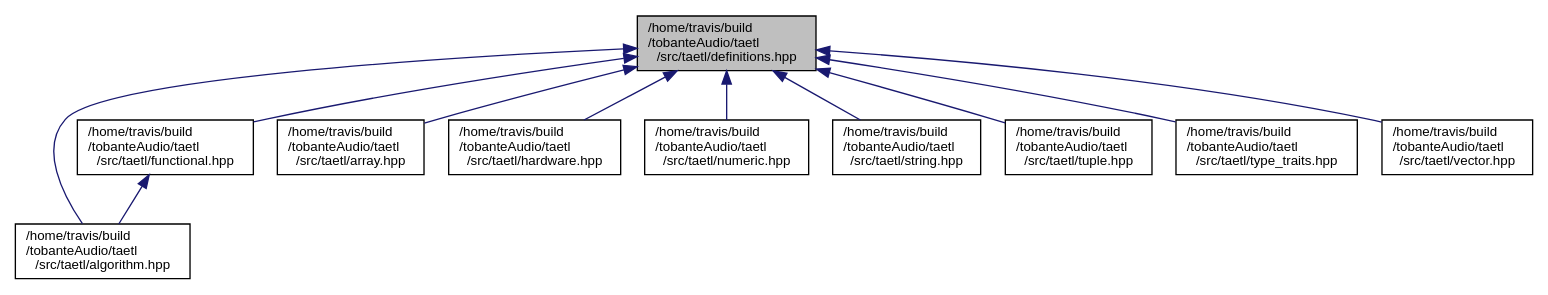
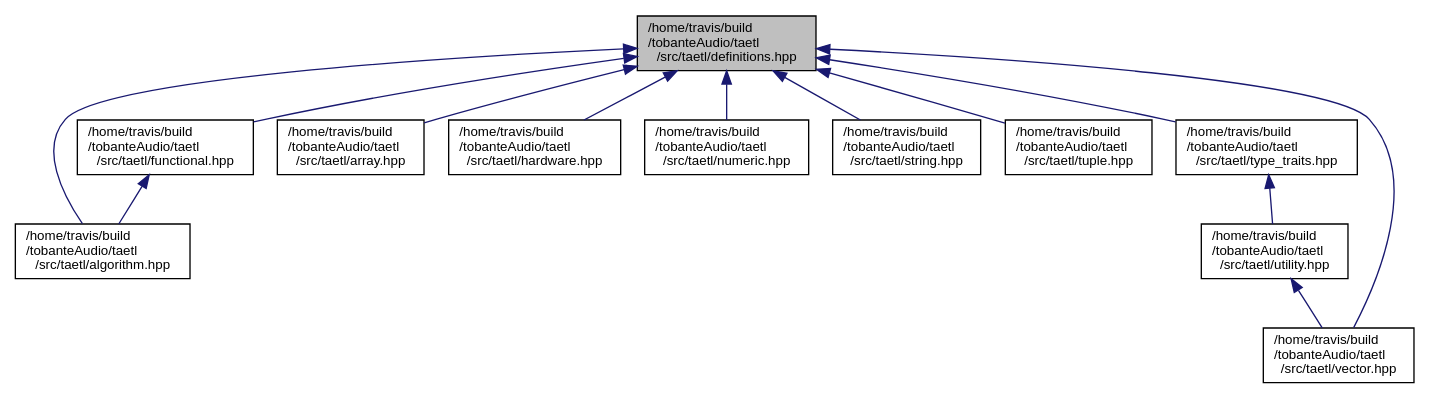
One commit to tobanteAudio/taetl changed the diagram in definitions_8hpp__dep__incl.dot. Above: the diagram before and after it, drawn with Graphviz. The commit also changed 82 other files, not shown here.

Commit message:
Deploy tobanteAudio/taetl to github.com/tobanteAudio/taetl.git:gh-pages

```diff
--- a/definitions_8hpp__dep__incl.dot
+++ b/definitions_8hpp__dep__incl.dot
@@ -1,25 +1,28 @@
 digraph "/home/travis/build/tobanteAudio/taetl/src/taetl/definitions.hpp"
 {
   edge [fontname="Helvetica",fontsize="10",labelfontname="Helvetica",labelfontsize="10"];
   node [fontname="Helvetica",fontsize="10",shape=record];
   Node6 [label="/home/travis/build\l/tobanteAudio/taetl\l/src/taetl/definitions.hpp",height=0.2,width=0.4,color="black", fillcolor="grey75", style="filled", fontcolor="black"];
   Node6 -> Node7 [dir="back",color="midnightblue",fontsize="10",style="solid",fontname="Helvetica"];
   Node7 [label="/home/travis/build\l/tobanteAudio/taetl\l/src/taetl/algorithm.hpp",height=0.2,width=0.4,color="black", fillcolor="white", style="filled",URL="$algorithm_8hpp.html"];
   Node6 -> Node8 [dir="back",color="midnightblue",fontsize="10",style="solid",fontname="Helvetica"];
   Node8 [label="/home/travis/build\l/tobanteAudio/taetl\l/src/taetl/functional.hpp",height=0.2,width=0.4,color="black", fillcolor="white", style="filled",URL="$functional_8hpp.html"];
   Node8 -> Node7 [dir="back",color="midnightblue",fontsize="10",style="solid",fontname="Helvetica"];
   Node6 -> Node9 [dir="back",color="midnightblue",fontsize="10",style="solid",fontname="Helvetica"];
   Node9 [label="/home/travis/build\l/tobanteAudio/taetl\l/src/taetl/array.hpp",height=0.2,width=0.4,color="black", fillcolor="white", style="filled",URL="$array_8hpp.html"];
   Node6 -> Node10 [dir="back",color="midnightblue",fontsize="10",style="solid",fontname="Helvetica"];
   Node10 [label="/home/travis/build\l/tobanteAudio/taetl\l/src/taetl/hardware.hpp",height=0.2,width=0.4,color="black", fillcolor="white", style="filled",URL="$hardware_8hpp.html"];
   Node6 -> Node11 [dir="back",color="midnightblue",fontsize="10",style="solid",fontname="Helvetica"];
   Node11 [label="/home/travis/build\l/tobanteAudio/taetl\l/src/taetl/numeric.hpp",height=0.2,width=0.4,color="black", fillcolor="white", style="filled",URL="$numeric_8hpp.html"];
   Node6 -> Node12 [dir="back",color="midnightblue",fontsize="10",style="solid",fontname="Helvetica"];
   Node12 [label="/home/travis/build\l/tobanteAudio/taetl\l/src/taetl/string.hpp",height=0.2,width=0.4,color="black", fillcolor="white", style="filled",URL="$string_8hpp.html"];
   Node6 -> Node13 [dir="back",color="midnightblue",fontsize="10",style="solid",fontname="Helvetica"];
   Node13 [label="/home/travis/build\l/tobanteAudio/taetl\l/src/taetl/tuple.hpp",height=0.2,width=0.4,color="black", fillcolor="white", style="filled",URL="$tuple_8hpp.html"];
   Node6 -> Node14 [dir="back",color="midnightblue",fontsize="10",style="solid",fontname="Helvetica"];
   Node14 [label="/home/travis/build\l/tobanteAudio/taetl\l/src/taetl/type_traits.hpp",height=0.2,width=0.4,color="black", fillcolor="white", style="filled",URL="$type__traits_8hpp.html"];
-  Node6 -> Node15 [dir="back",color="midnightblue",fontsize="10",style="solid",fontname="Helvetica"];
-  Node15 [label="/home/travis/build\l/tobanteAudio/taetl\l/src/taetl/vector.hpp",height=0.2,width=0.4,color="black", fillcolor="white", style="filled",URL="$vector_8hpp.html"];
+  Node14 -> Node15 [dir="back",color="midnightblue",fontsize="10",style="solid",fontname="Helvetica"];
+  Node15 [label="/home/travis/build\l/tobanteAudio/taetl\l/src/taetl/utility.hpp",height=0.2,width=0.4,color="black", fillcolor="white", style="filled",URL="$utility_8hpp.html"];
+  Node15 -> Node16 [dir="back",color="midnightblue",fontsize="10",style="solid",fontname="Helvetica"];
+  Node16 [label="/home/travis/build\l/tobanteAudio/taetl\l/src/taetl/vector.hpp",height=0.2,width=0.4,color="black", fillcolor="white", style="filled",URL="$vector_8hpp.html"];
+  Node6 -> Node16 [dir="back",color="midnightblue",fontsize="10",style="solid",fontname="Helvetica"];
 }
```
